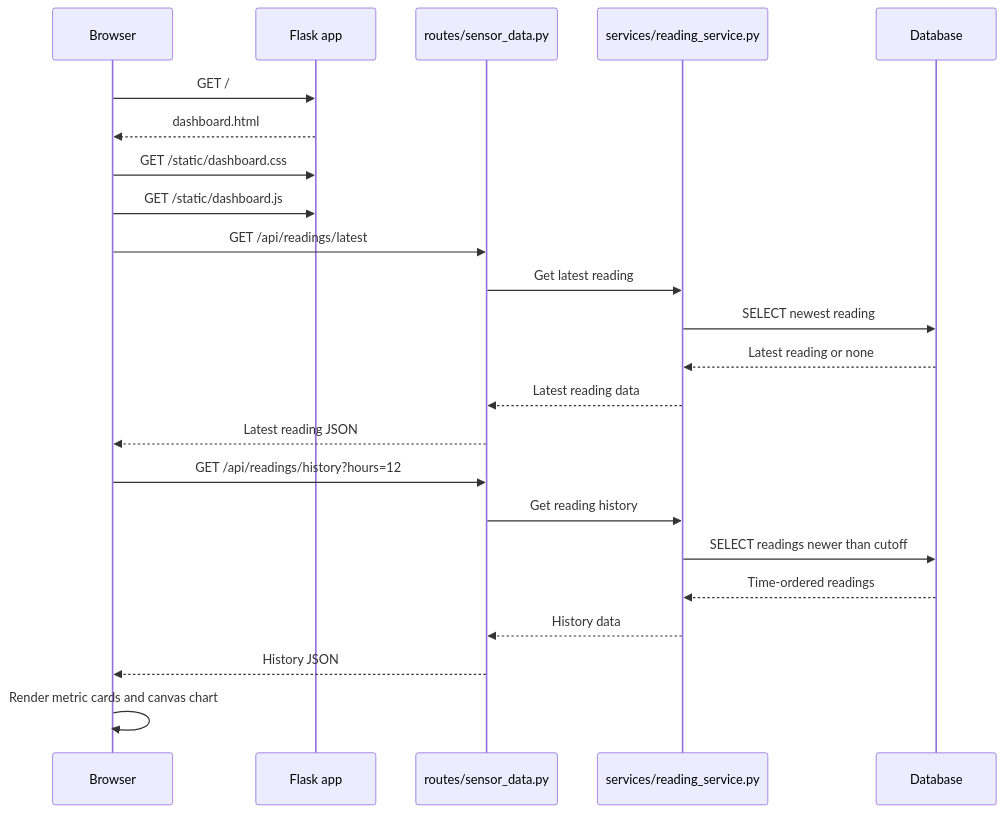
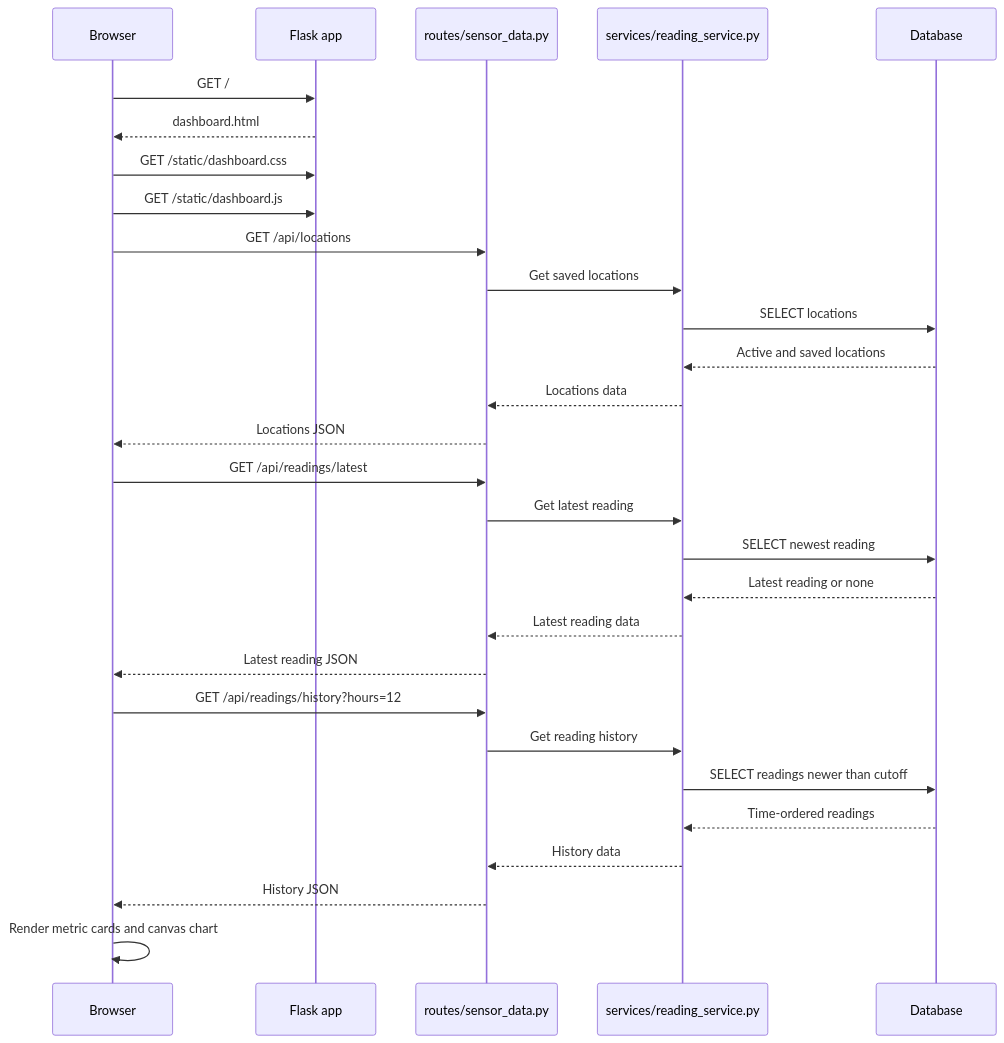
One commit to Dylanlucas01/esp32-temperature-monitoring changed the second of 2 diagrams in docs/sequence-diagram.md. Above: the diagram before and after it, drawn with Mermaid. The commit also changed other lines of this file and 4 other files, not shown here.

````diff
--- a/docs/sequence-diagram.md
+++ b/docs/sequence-diagram.md
@@ -28,29 +30,36 @@
 ```mermaid
 sequenceDiagram
     participant Browser
     participant Flask as Flask app
     participant Routes as routes/sensor_data.py
     participant Service as services/reading_service.py
     participant DB as Database
 
     Browser->>Flask: GET /
     Flask-->>Browser: dashboard.html
     Browser->>Flask: GET /static/dashboard.css
     Browser->>Flask: GET /static/dashboard.js
+
+    Browser->>Routes: GET /api/locations
+    Routes->>Service: Get saved locations
+    Service->>DB: SELECT locations
+    DB-->>Service: Active and saved locations
+    Service-->>Routes: Locations data
+    Routes-->>Browser: Locations JSON
 
     Browser->>Routes: GET /api/readings/latest
     Routes->>Service: Get latest reading
     Service->>DB: SELECT newest reading
     DB-->>Service: Latest reading or none
     Service-->>Routes: Latest reading data
     Routes-->>Browser: Latest reading JSON
 
     Browser->>Routes: GET /api/readings/history?hours=12
     Routes->>Service: Get reading history
     Service->>DB: SELECT readings newer than cutoff
     DB-->>Service: Time-ordered readings
     Service-->>Routes: History data
     Routes-->>Browser: History JSON
 
     Browser->>Browser: Render metric cards and canvas chart
 ```
````
